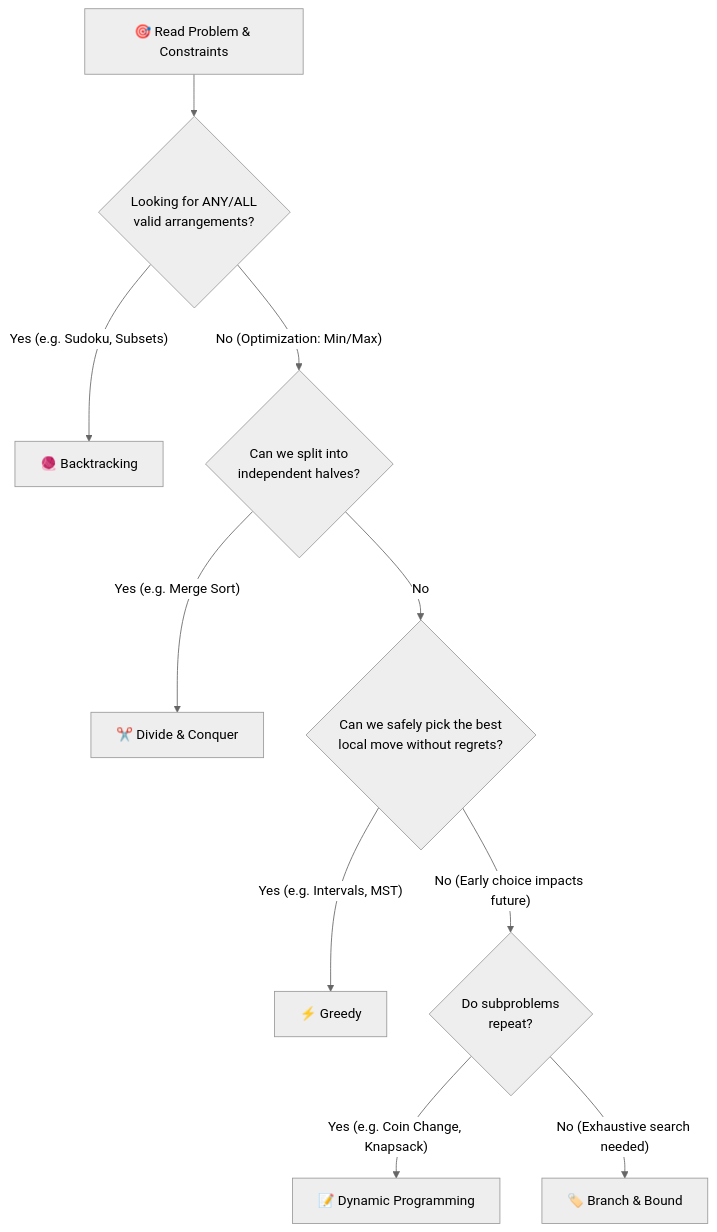
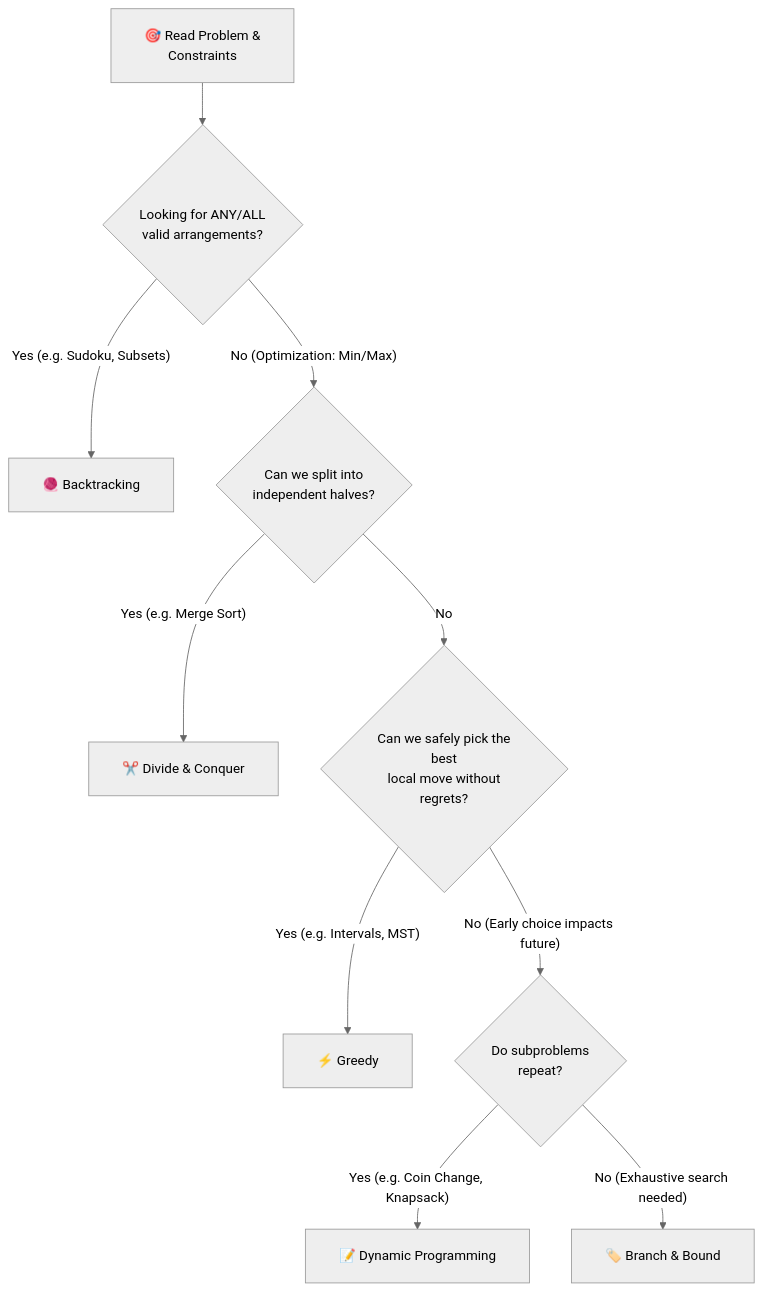
The diagram in Paradigms/README.md (dip4k/DSA_102), drawn with Mermaid (neutral theme) before and after one commit. The commit also changed 108 other files, not shown here.

First line of the commit message:
fix(mermaid): resolve diagram clipping, padding, and syntax issues across repo

````diff
--- a/Paradigms/README.md
+++ b/Paradigms/README.md
@@ -40,15 +40,16 @@
 ```mermaid
+%%{init: {"flowchart": {"htmlLabels": true, "padding": 20}}}%%
 flowchart TD
-    Start["🎯 Read Problem & Constraints"] --> Feasible{"Looking for ANY/ALL<br/>valid arrangements?"}
+    Start["🎯 Read Problem &<br/>Constraints"] --> Feasible{"Looking for ANY/ALL<br/>valid arrangements?"}
     Feasible -->|"Yes (e.g. Sudoku, Subsets)"| BT["🧶 Backtracking"]
     Feasible -->|"No (Optimization: Min/Max)"| SubInd{"Can we split into<br/>independent halves?"}
     
     SubInd -->|"Yes (e.g. Merge Sort)"| DC["✂️ Divide & Conquer"]
-    SubInd -->|"No"| SafeChoice{"Can we safely pick the best<br/>local move without regrets?"}
+    SubInd -->|"No"| SafeChoice{"Can we safely pick the<br/>best<br/>local move without<br/>regrets?"}
     
     SafeChoice -->|"Yes (e.g. Intervals, MST)"| GR["⚡ Greedy"]
     SafeChoice -->|"No (Early choice impacts future)"| Overlap{"Do subproblems<br/>repeat?"}
     
     Overlap -->|"Yes (e.g. Coin Change, Knapsack)"| DP["📝 Dynamic Programming"]
     Overlap -->|"No (Exhaustive search needed)"| BB["🏷️ Branch & Bound"]
 ```
````
